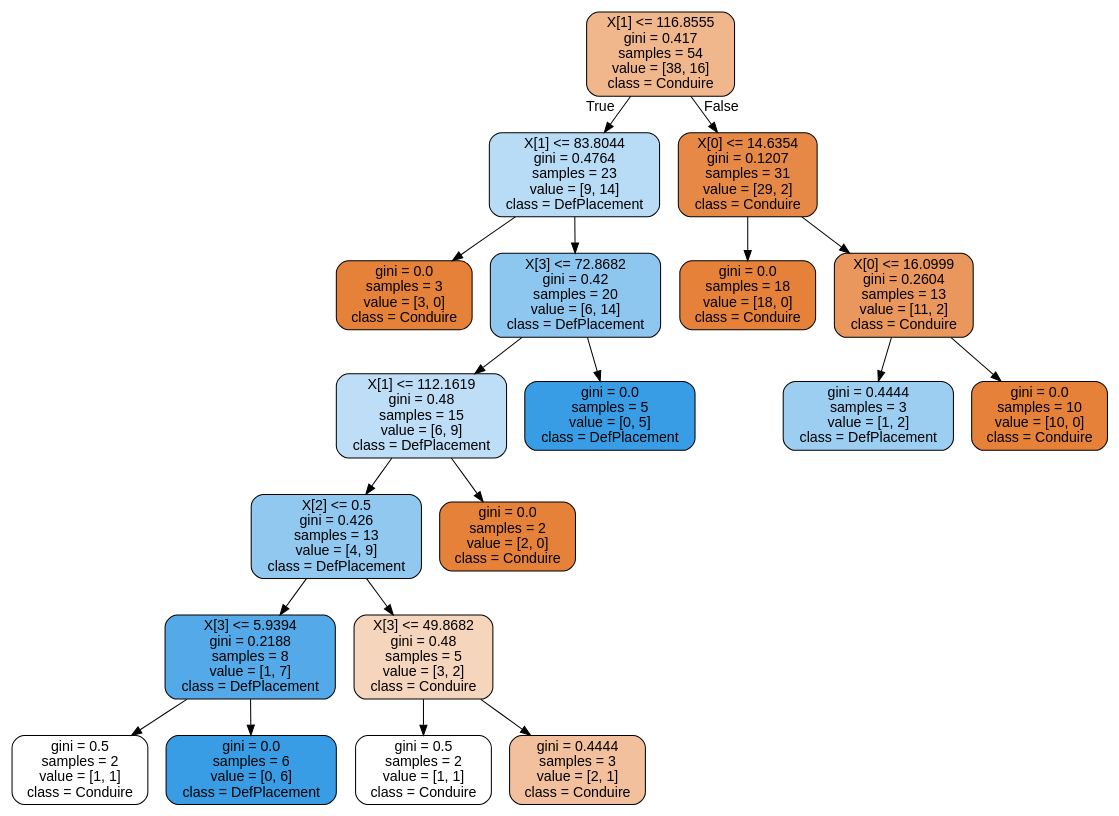
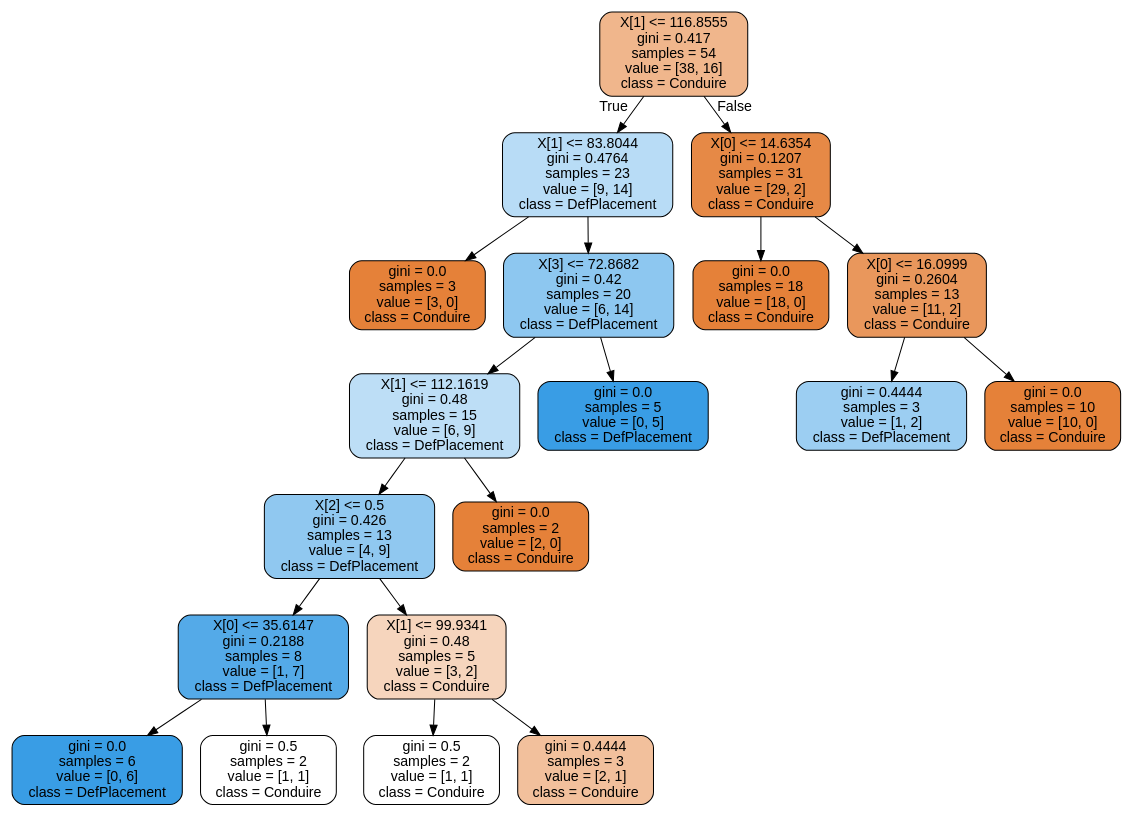
Before and after one commit to jeandeb/Projet_2I013: the diagram in test_arbre.dot, drawn with Graphviz. The commit also changed 5 other files, not shown here.

```diff
--- a/test_arbre.dot
+++ b/test_arbre.dot
@@ -1,41 +1,41 @@
 digraph Tree {
 node [shape=box, style="filled, rounded", color="black", fontname=helvetica] ;
 edge [fontname=helvetica] ;
 0 [label="X[1] <= 116.8555\ngini = 0.417\nsamples = 54\nvalue = [38, 16]\nclass = Conduire", fillcolor="#e5813994"] ;
 1 [label="X[1] <= 83.8044\ngini = 0.4764\nsamples = 23\nvalue = [9, 14]\nclass = DefPlacement", fillcolor="#399de55b"] ;
 0 -> 1 [labeldistance=2.5, labelangle=45, headlabel="True"] ;
 2 [label="gini = 0.0\nsamples = 3\nvalue = [3, 0]\nclass = Conduire", fillcolor="#e58139ff"] ;
 1 -> 2 ;
 3 [label="X[3] <= 72.8682\ngini = 0.42\nsamples = 20\nvalue = [6, 14]\nclass = DefPlacement", fillcolor="#399de592"] ;
 1 -> 3 ;
 4 [label="X[1] <= 112.1619\ngini = 0.48\nsamples = 15\nvalue = [6, 9]\nclass = DefPlacement", fillcolor="#399de555"] ;
 3 -> 4 ;
 5 [label="X[2] <= 0.5\ngini = 0.426\nsamples = 13\nvalue = [4, 9]\nclass = DefPlacement", fillcolor="#399de58e"] ;
 4 -> 5 ;
-6 [label="X[3] <= 5.9394\ngini = 0.2188\nsamples = 8\nvalue = [1, 7]\nclass = DefPlacement", fillcolor="#399de5db"] ;
+6 [label="X[0] <= 35.6147\ngini = 0.2188\nsamples = 8\nvalue = [1, 7]\nclass = DefPlacement", fillcolor="#399de5db"] ;
 5 -> 6 ;
-7 [label="gini = 0.5\nsamples = 2\nvalue = [1, 1]\nclass = Conduire", fillcolor="#e5813900"] ;
+7 [label="gini = 0.0\nsamples = 6\nvalue = [0, 6]\nclass = DefPlacement", fillcolor="#399de5ff"] ;
 6 -> 7 ;
-8 [label="gini = 0.0\nsamples = 6\nvalue = [0, 6]\nclass = DefPlacement", fillcolor="#399de5ff"] ;
+8 [label="gini = 0.5\nsamples = 2\nvalue = [1, 1]\nclass = Conduire", fillcolor="#e5813900"] ;
 6 -> 8 ;
-9 [label="X[3] <= 49.8682\ngini = 0.48\nsamples = 5\nvalue = [3, 2]\nclass = Conduire", fillcolor="#e5813955"] ;
+9 [label="X[1] <= 99.9341\ngini = 0.48\nsamples = 5\nvalue = [3, 2]\nclass = Conduire", fillcolor="#e5813955"] ;
 5 -> 9 ;
 10 [label="gini = 0.5\nsamples = 2\nvalue = [1, 1]\nclass = Conduire", fillcolor="#e5813900"] ;
 9 -> 10 ;
 11 [label="gini = 0.4444\nsamples = 3\nvalue = [2, 1]\nclass = Conduire", fillcolor="#e581397f"] ;
 9 -> 11 ;
 12 [label="gini = 0.0\nsamples = 2\nvalue = [2, 0]\nclass = Conduire", fillcolor="#e58139ff"] ;
 4 -> 12 ;
 13 [label="gini = 0.0\nsamples = 5\nvalue = [0, 5]\nclass = DefPlacement", fillcolor="#399de5ff"] ;
 3 -> 13 ;
 14 [label="X[0] <= 14.6354\ngini = 0.1207\nsamples = 31\nvalue = [29, 2]\nclass = Conduire", fillcolor="#e58139ed"] ;
 0 -> 14 [labeldistance=2.5, labelangle=-45, headlabel="False"] ;
 15 [label="gini = 0.0\nsamples = 18\nvalue = [18, 0]\nclass = Conduire", fillcolor="#e58139ff"] ;
 14 -> 15 ;
 16 [label="X[0] <= 16.0999\ngini = 0.2604\nsamples = 13\nvalue = [11, 2]\nclass = Conduire", fillcolor="#e58139d1"] ;
 14 -> 16 ;
 17 [label="gini = 0.4444\nsamples = 3\nvalue = [1, 2]\nclass = DefPlacement", fillcolor="#399de57f"] ;
 16 -> 17 ;
 18 [label="gini = 0.0\nsamples = 10\nvalue = [10, 0]\nclass = Conduire", fillcolor="#e58139ff"] ;
 16 -> 18 ;
 }
```
